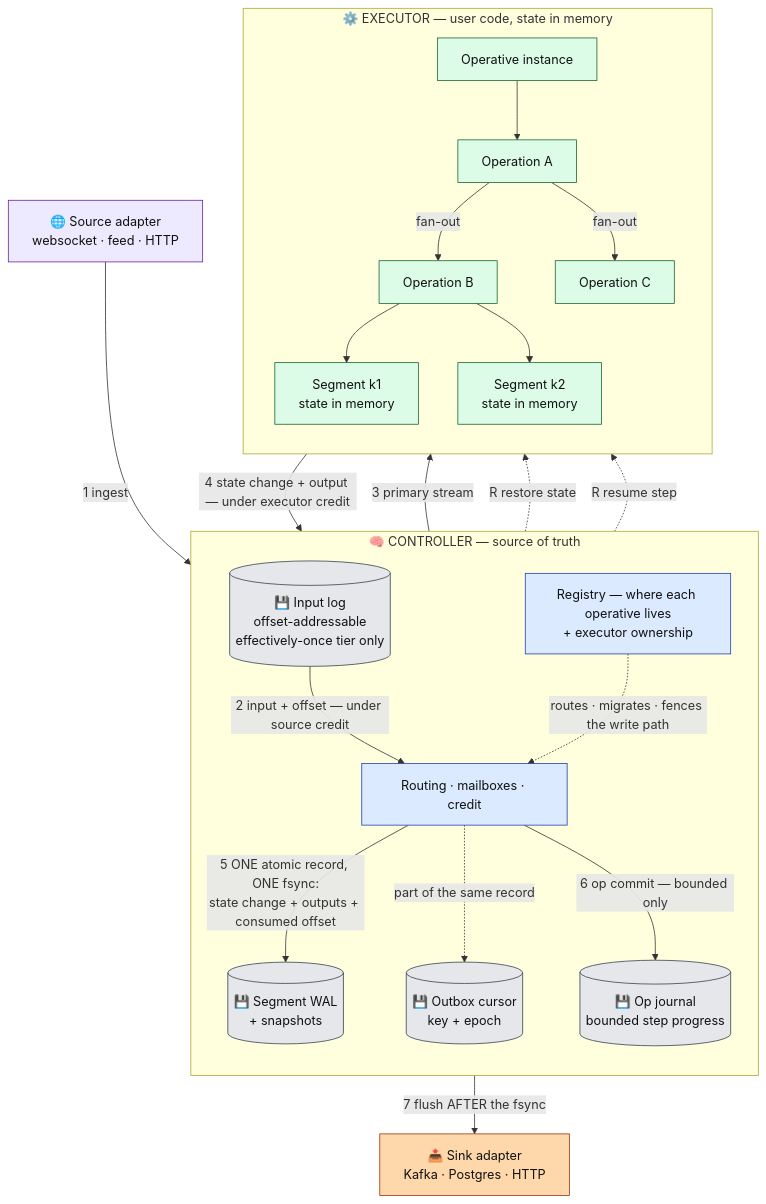
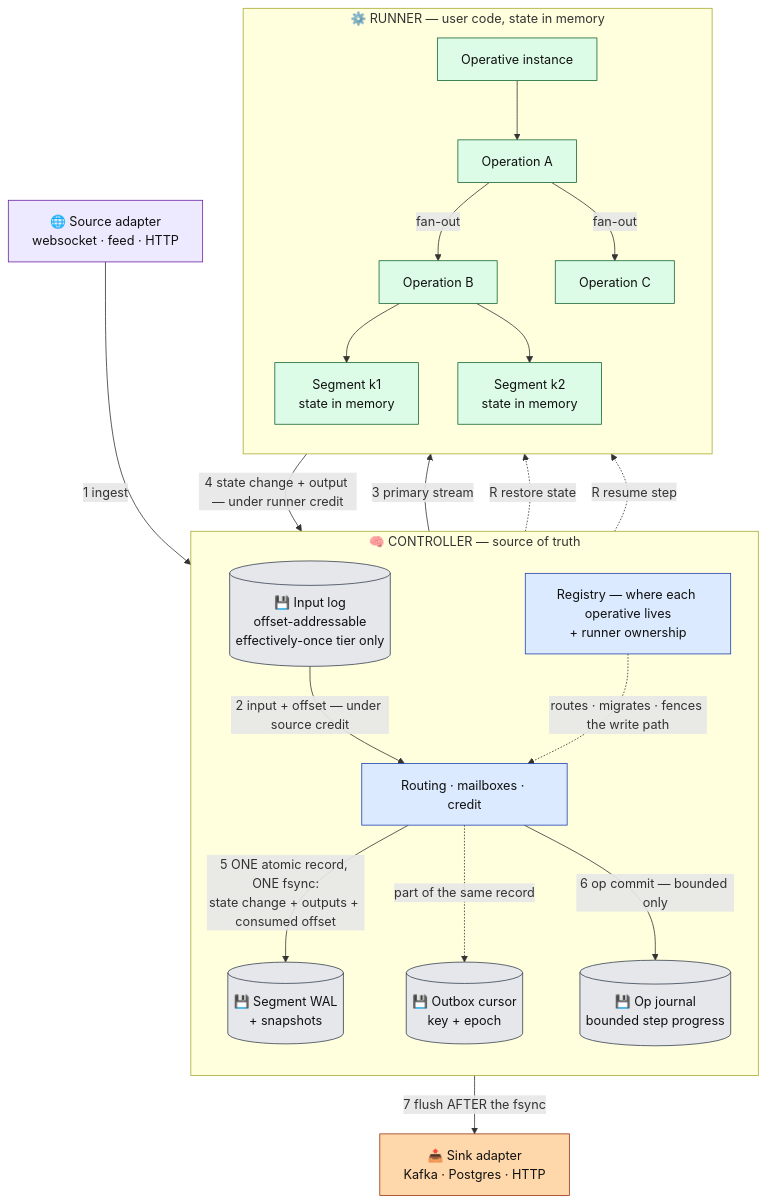
One commit to Flezha/flezha changed the second of 7 diagrams in docs/architecture/README.md. Above: the diagram before and after it, drawn with Mermaid. The commit also changed other lines of this file and 535 other files, not shown here.

````diff
--- a/docs/architecture/README.md
+++ b/docs/architecture/README.md
@@ -91,48 +91,48 @@
 ```mermaid
 flowchart TB
     SRC["🌐 Source adapter<br/>websocket · feed · HTTP"]:::src
     SINK["📤 Sink adapter<br/>Kafka · Postgres · HTTP"]:::sink
 
     subgraph CTRL["🧠 CONTROLLER — source of truth"]
         direction TB
         INLOG[("💾 Input log<br/>offset-addressable<br/>effectively-once tier only")]:::store
         ROUTE["Routing · mailboxes · credit"]:::ctrl
         WAL[("💾 Segment WAL<br/>+ snapshots")]:::store
         JRN[("💾 Op journal<br/>bounded step progress")]:::store
         OBX[("💾 Outbox cursor<br/>key + epoch")]:::store
-        REG["Registry — where each operative lives<br/>+ executor ownership"]:::ctrl
+        REG["Registry — where each operative lives<br/>+ runner ownership"]:::ctrl
     end
 
-    subgraph EXEC["⚙️ EXECUTOR — user code, state in memory"]
+    subgraph EXEC["⚙️ RUNNER — user code, state in memory"]
         direction TB
         OPV["Operative instance"]:::exec
         OPA["Operation A"]:::exec
         OPB["Operation B"]:::exec
         OPC["Operation C"]:::exec
         SB1["Segment k1<br/>state in memory"]:::exec
         SB2["Segment k2<br/>state in memory"]:::exec
         OPV --> OPA
         OPA -->|"fan-out"| OPB
         OPA -->|"fan-out"| OPC
         OPB --> SB1
         OPB --> SB2
     end
 
     SRC -->|"1 ingest"| INLOG
     INLOG -->|"2 input + offset — under source credit"| ROUTE
     ROUTE -->|"3 primary stream"| OPV
-    OPV -->|"4 state change + output — under executor credit"| ROUTE
+    OPV -->|"4 state change + output — under runner credit"| ROUTE
     ROUTE -->|"5 ONE atomic record, ONE fsync:<br/>state change + outputs + consumed offset"| WAL
     ROUTE -.->|"part of the same record"| OBX
     ROUTE -->|"6 op commit — bounded only"| JRN
     OBX -->|"7 flush AFTER the fsync"| SINK
     WAL -.->|"R restore state"| OPV
     JRN -.->|"R resume step"| OPV
     REG -.->|"routes · migrates · fences the write path"| ROUTE
 
     classDef ctrl fill:#dbeafe,stroke:#1e40af,color:#111
     classDef exec fill:#dcfce7,stroke:#166534,color:#111
     classDef sink fill:#fed7aa,stroke:#9a3412,color:#111
     classDef src fill:#ede9fe,stroke:#6b21a8,color:#111
     classDef store fill:#e5e7eb,stroke:#374151,color:#111
 ```
````
